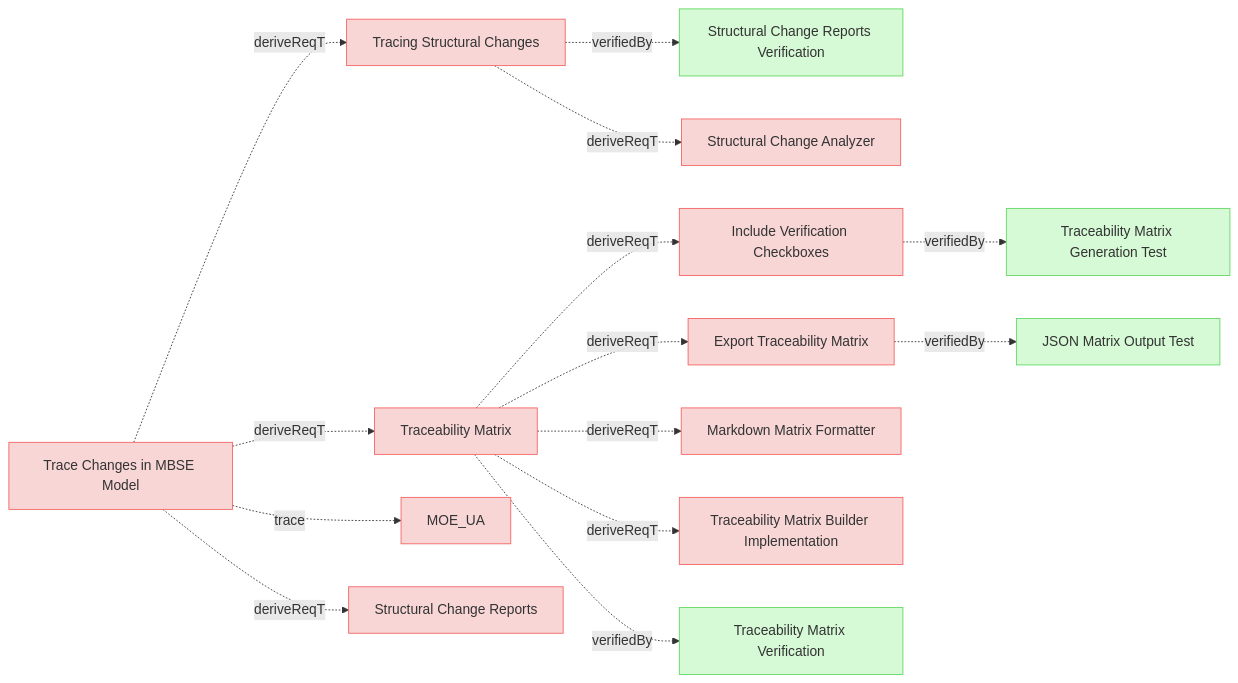
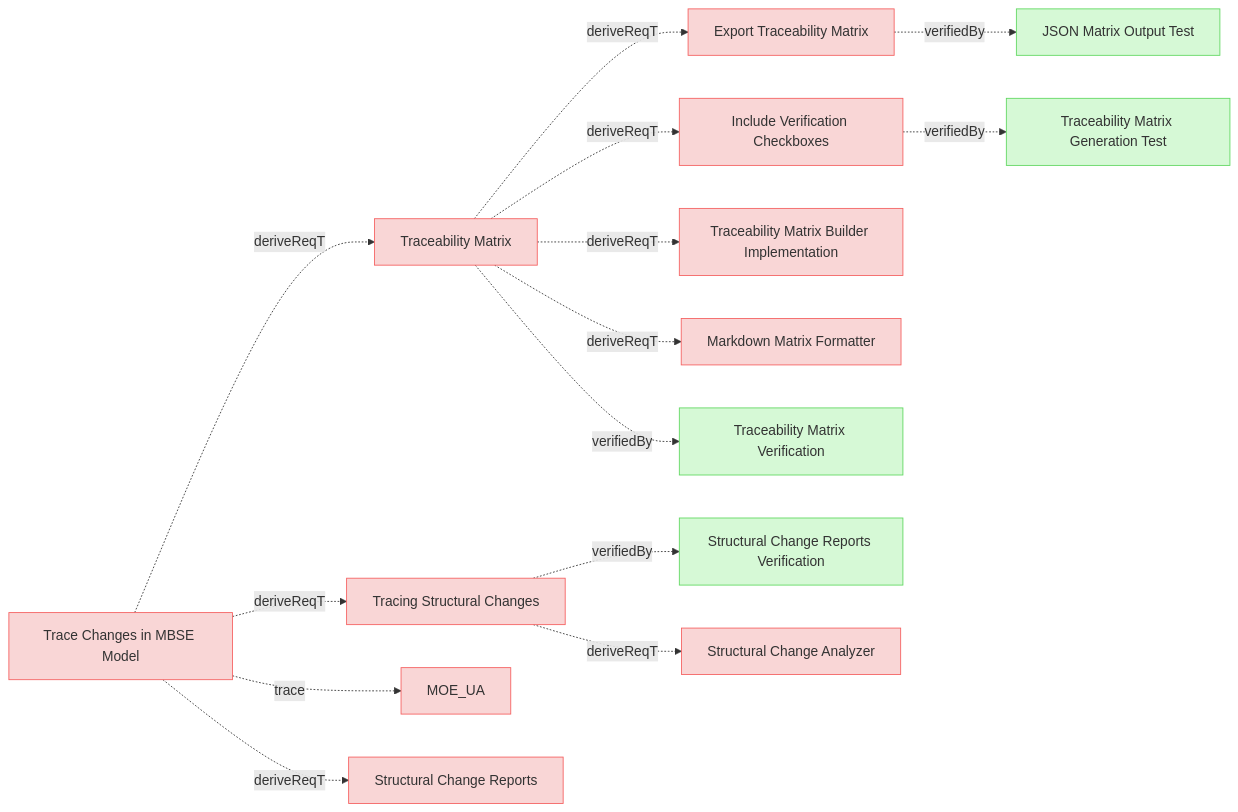
Before and after one commit to reqvire-org/reqvire: the sixth of 9 diagrams in specifications/UserRequirements.md, drawn with Mermaid. The commit also changed other lines of this file and 23 other files, not shown here.

````diff
--- a/specifications/UserRequirements.md
+++ b/specifications/UserRequirements.md
@@ -797,65 +782,65 @@
 ```mermaid
 graph LR;
   %% REQVIRE-AUTOGENERATED-DIAGRAM
   %% Graph styling
   classDef requirement fill:#f9d6d6,stroke:#f55f5f,stroke-width:1px;
   classDef verification fill:#d6f9d6,stroke:#5fd75f,stroke-width:1px;
   classDef externalLink fill:#d0e0ff,stroke:#3080ff,stroke-width:1px;
   classDef default fill:#f5f5f5,stroke:#333333,stroke-width:1px;
 
+  7de9a55d6102af23["Export Traceability Matrix"];
+  class 7de9a55d6102af23 requirement;
+  click 7de9a55d6102af23 "UserRequirements.md#export-traceability-matrix";
+  50c290277850dd17["JSON Matrix Output Test"];
+  class 50c290277850dd17 verification;
+  click 50c290277850dd17 "Verifications/TreacibilityMatrix.md#json-matrix-output-test";
+  7de9a55d6102af23 -.->|verifiedBy| 50c290277850dd17;
+  6d32b919c82784b7["Include Verification Checkboxes"];
+  class 6d32b919c82784b7 requirement;
+  click 6d32b919c82784b7 "UserRequirements.md#include-verification-checkboxes";
+  aa85c85e7c41d899["Traceability Matrix Generation Test"];
+  class aa85c85e7c41d899 verification;
+  click aa85c85e7c41d899 "Verifications/TreacibilityMatrix.md#traceability-matrix-generation-test";
+  6d32b919c82784b7 -.->|verifiedBy| aa85c85e7c41d899;
+  4e30ea0930dc9c26["Traceability Matrix"];
+  class 4e30ea0930dc9c26 requirement;
+  click 4e30ea0930dc9c26 "UserRequirements.md#traceability-matrix";
+  b55d8517cd3e58["Traceability Matrix Builder Implementation"];
+  class b55d8517cd3e58 requirement;
+  click b55d8517cd3e58 "SystemRequirements/Requirements.md#traceability-matrix-builder-implementation";
+  4e30ea0930dc9c26 -.->|deriveReqT| b55d8517cd3e58;
+  4e30ea0930dc9c26 -.->|deriveReqT| 7de9a55d6102af23;
+  4e30ea0930dc9c26 -.->|deriveReqT| 6d32b919c82784b7;
+  1b7491b67a792bc9["Markdown Matrix Formatter"];
+  class 1b7491b67a792bc9 requirement;
+  click 1b7491b67a792bc9 "SystemRequirements/Requirements.md#markdown-matrix-formatter";
+  4e30ea0930dc9c26 -.->|deriveReqT| 1b7491b67a792bc9;
+  11c3285e74c8d60b["Traceability Matrix Verification"];
+  class 11c3285e74c8d60b verification;
+  click 11c3285e74c8d60b "Verifications/ChangeImpactTests.md#traceability-matrix-verification";
+  4e30ea0930dc9c26 -.->|verifiedBy| 11c3285e74c8d60b;
   d7b7b13a5b8d96e1["Tracing Structural Changes"];
   class d7b7b13a5b8d96e1 requirement;
   click d7b7b13a5b8d96e1 "UserRequirements.md#tracing-structural-changes";
   b0e8adb6596a35e7["Structural Change Reports Verification"];
   class b0e8adb6596a35e7 verification;
   click b0e8adb6596a35e7 "Verifications/ChangeImpactTests.md#structural-change-reports-verification";
   d7b7b13a5b8d96e1 -.->|verifiedBy| b0e8adb6596a35e7;
   d34d7e14d2a235a2["Structural Change Analyzer"];
   class d34d7e14d2a235a2 requirement;
   click d34d7e14d2a235a2 "SystemRequirements/Requirements.md#structural-change-analyzer";
   d7b7b13a5b8d96e1 -.->|deriveReqT| d34d7e14d2a235a2;
-  6d32b919c82784b7["Include Verification Checkboxes"];
-  class 6d32b919c82784b7 requirement;
-  click 6d32b919c82784b7 "UserRequirements.md#include-verification-checkboxes";
-  aa85c85e7c41d899["Traceability Matrix Generation Test"];
-  class aa85c85e7c41d899 verification;
-  click aa85c85e7c41d899 "Verifications/TreacibilityMatrix.md#traceability-matrix-generation-test";
-  6d32b919c82784b7 -.->|verifiedBy| aa85c85e7c41d899;
-  7de9a55d6102af23["Export Traceability Matrix"];
-  class 7de9a55d6102af23 requirement;
-  click 7de9a55d6102af23 "UserRequirements.md#export-traceability-matrix";
-  50c290277850dd17["JSON Matrix Output Test"];
-  class 50c290277850dd17 verification;
-  click 50c290277850dd17 "Verifications/TreacibilityMatrix.md#json-matrix-output-test";
-  7de9a55d6102af23 -.->|verifiedBy| 50c290277850dd17;
-  4e30ea0930dc9c26["Traceability Matrix"];
-  class 4e30ea0930dc9c26 requirement;
-  click 4e30ea0930dc9c26 "UserRequirements.md#traceability-matrix";
-  1b7491b67a792bc9["Markdown Matrix Formatter"];
-  class 1b7491b67a792bc9 requirement;
-  click 1b7491b67a792bc9 "SystemRequirements/Requirements.md#markdown-matrix-formatter";
-  4e30ea0930dc9c26 -.->|deriveReqT| 1b7491b67a792bc9;
-  4e30ea0930dc9c26 -.->|deriveReqT| 6d32b919c82784b7;
-  4e30ea0930dc9c26 -.->|deriveReqT| 7de9a55d6102af23;
-  b55d8517cd3e58["Traceability Matrix Builder Implementation"];
-  class b55d8517cd3e58 requirement;
-  click b55d8517cd3e58 "SystemRequirements/Requirements.md#traceability-matrix-builder-implementation";
-  4e30ea0930dc9c26 -.->|deriveReqT| b55d8517cd3e58;
-  11c3285e74c8d60b["Traceability Matrix Verification"];
-  class 11c3285e74c8d60b verification;
-  click 11c3285e74c8d60b "Verifications/ChangeImpactTests.md#traceability-matrix-verification";
-  4e30ea0930dc9c26 -.->|verifiedBy| 11c3285e74c8d60b;
   5ef9c8ae19a9f55a["Trace Changes in MBSE Model"];
   class 5ef9c8ae19a9f55a requirement;
   click 5ef9c8ae19a9f55a "UserStories.md#trace-changes-in-mbse-model";
   2c5f30f14e792200["MOE_UA"];
   class 2c5f30f14e792200 requirement;
   click 2c5f30f14e792200 "MOEs.md#moe_ua";
   5ef9c8ae19a9f55a -.->|trace| 2c5f30f14e792200;
-  5ef9c8ae19a9f55a -.->|deriveReqT| d7b7b13a5b8d96e1;
   1908501a80db5c46["Structural Change Reports"];
   class 1908501a80db5c46 requirement;
   click 1908501a80db5c46 "UserRequirements.md#structural-change-reports";
   5ef9c8ae19a9f55a -.->|deriveReqT| 1908501a80db5c46;
   5ef9c8ae19a9f55a -.->|deriveReqT| 4e30ea0930dc9c26;
+  5ef9c8ae19a9f55a -.->|deriveReqT| d7b7b13a5b8d96e1;
 ```
````
